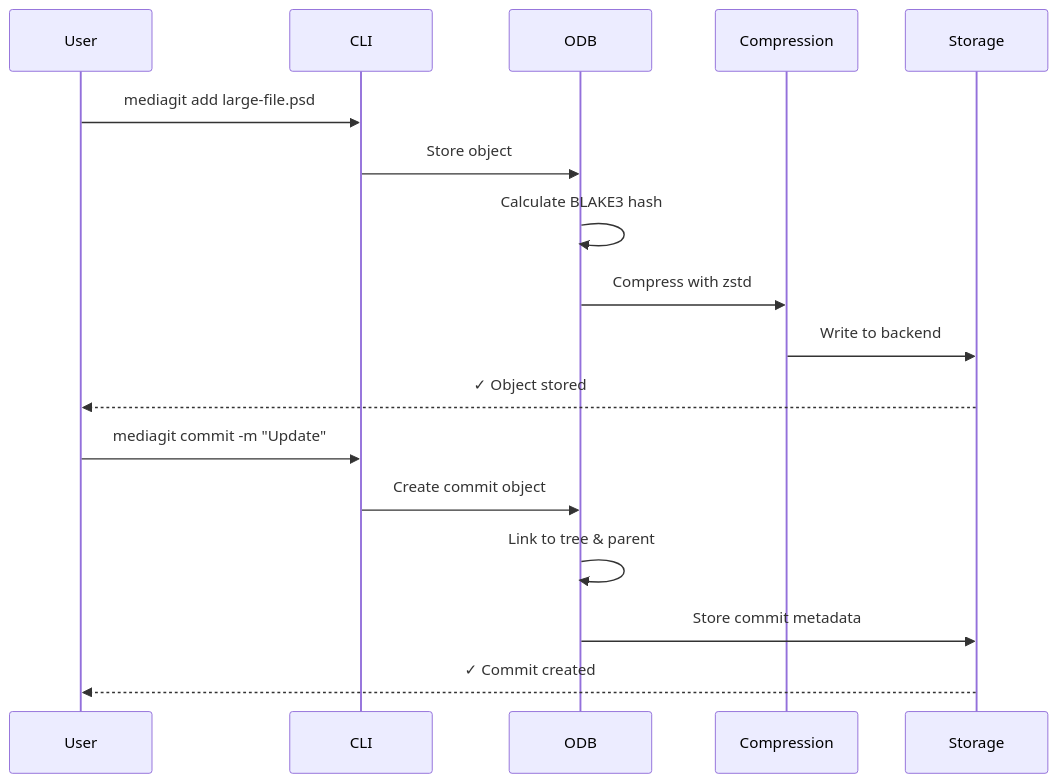
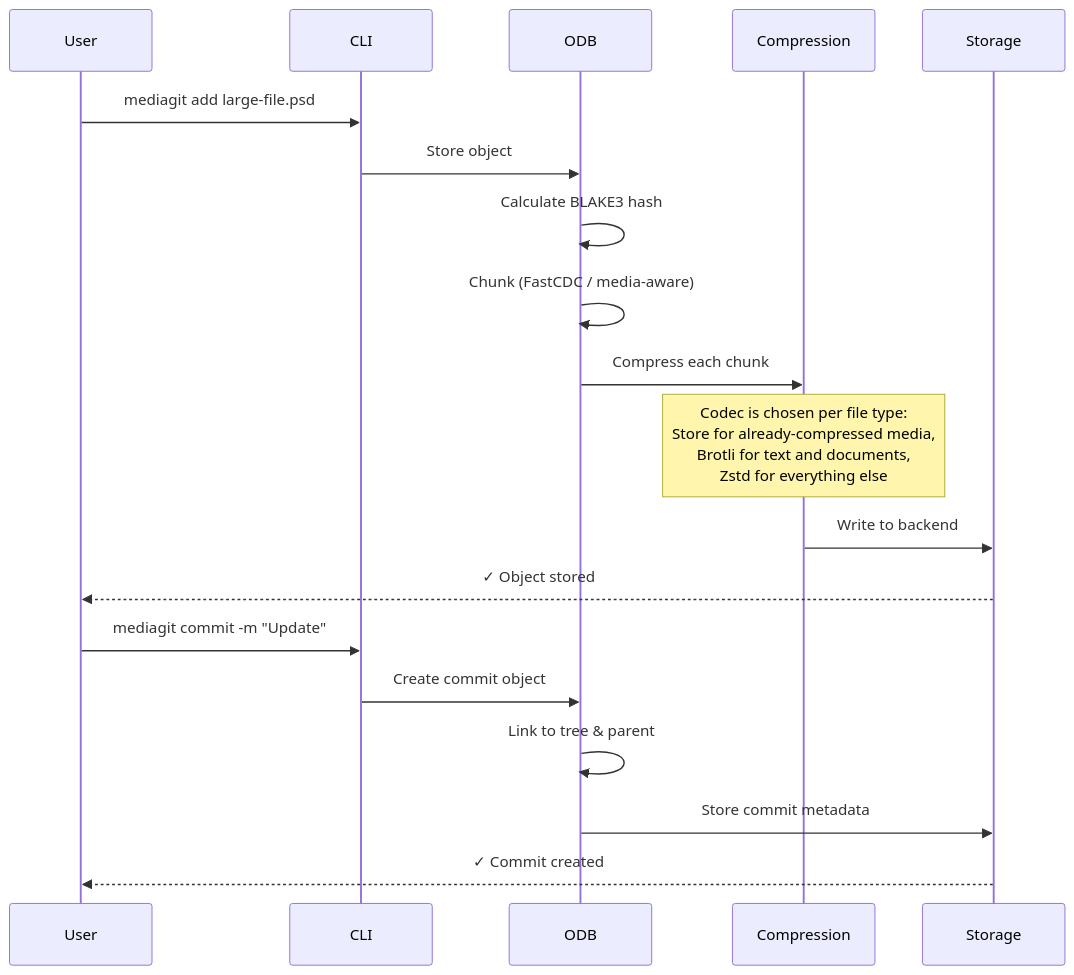
One commit to winnyboy5/mediagit-core changed the second of 2 diagrams in book/src/architecture/README.md. Above: the diagram before and after it, drawn with Mermaid. The commit also changed other lines of this file and 11 other files, not shown here.

````diff
--- a/book/src/architecture/README.md
+++ b/book/src/architecture/README.md
@@ -77,21 +77,23 @@
 ```mermaid
 sequenceDiagram
     participant User
     participant CLI
     participant ODB
     participant Compression
     participant Storage
 
     User->>CLI: mediagit add large-file.psd
     CLI->>ODB: Store object
     ODB->>ODB: Calculate BLAKE3 hash
-    ODB->>Compression: Compress with zstd
+    ODB->>ODB: Chunk (FastCDC / media-aware)
+    ODB->>Compression: Compress each chunk
+    Note over Compression: Codec is chosen per file type:<br/>Store for already-compressed media,<br/>Brotli for text and documents,<br/>Zstd for everything else
     Compression->>Storage: Write to backend
     Storage-->>User: ✓ Object stored
 
     User->>CLI: mediagit commit -m "Update"
     CLI->>ODB: Create commit object
     ODB->>ODB: Link to tree & parent
     ODB->>Storage: Store commit metadata
     Storage-->>User: ✓ Commit created
 ```
````
